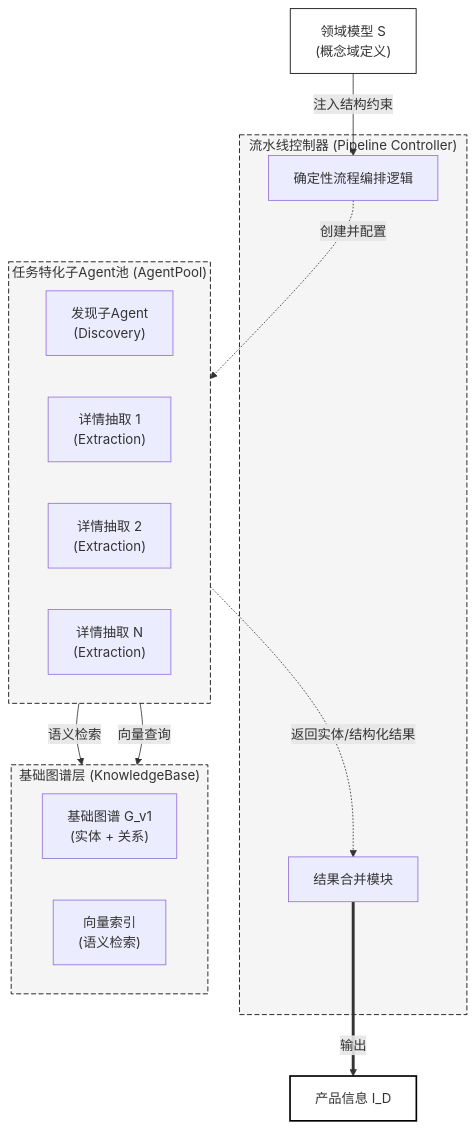
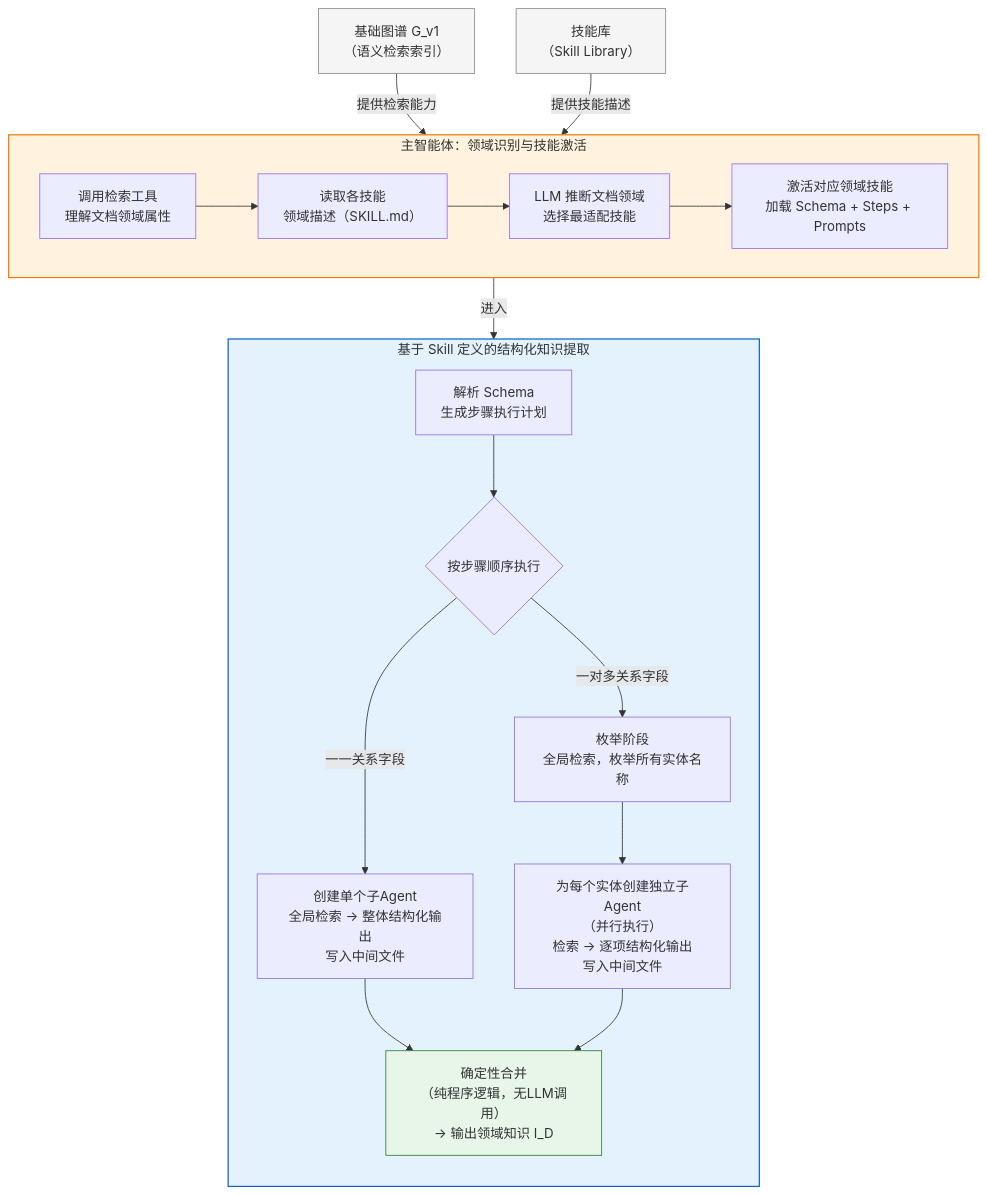
The third of 6 diagrams in docs/chapter3_schema_driven_kg_enhancement.md (chuansuo12/RAG-Anything), drawn with Mermaid before and after one commit. The commit also changed other lines of this file and 35 other files, not shown here.

Commit message:
feat: enhance domain knowledge extraction capabilities by integrating DomainKnowledgeExtractionAgent, updating API endpoints, and improving front-end interactions for structured knowledge retrieval

````diff
--- a/docs/chapter3_schema_driven_kg_enhancement.md
+++ b/docs/chapter3_schema_driven_kg_enhancement.md
@@ -126,38 +107,50 @@
 ```mermaid
 flowchart TB
-    Schema["领域模型 S<br/>(概念域定义)"]
+    KB["基础图谱 G_v1
+（语义检索索引）"]
+    SL["技能库
+（Skill Library）"]
 
-    subgraph Controller["流水线控制器 (Pipeline Controller)"]
-        PC["确定性流程编排逻辑"]
-        Merge["结果合并模块"]
+    subgraph Phase1["主智能体：领域识别与技能激活"]
+        direction LR
+        A["调用检索工具
+理解文档领域属性"] --> B["读取各技能
+领域描述（SKILL.md）"]
+        B --> C["LLM 推断文档领域
+选择最适配技能"]
+        C --> D["激活对应领域技能
+加载 Schema + Steps + Prompts"]
     end
 
-    subgraph AgentPool["任务特化子Agent池 (AgentPool)"]
-        direction LR
-        DA["发现子Agent<br/>(Discovery)"]
-        EA1["详情抽取 1<br/>(Extraction)"]
-        EA2["详情抽取 2<br/>(Extraction)"]
-        EAN["详情抽取 N<br/>(Extraction)"]
+    subgraph Phase2["基于 Skill 定义的结构化知识提取"]
+        direction TB
+        P["解析 Schema
+生成步骤执行计划"] --> Q{"按步骤顺序执行"}
+
+        Q -->|"一一关系字段"| R1["创建单个子Agent
+全局检索 → 整体结构化输出
+写入中间文件"]
+
+        Q -->|"一对多关系字段"| R2["枚举阶段
+全局检索，枚举所有实体名称"]
+        R2 --> R3["为每个实体创建独立子Agent
+（并行执行）
+检索 → 逐项结构化输出
+写入中间文件"]
+
+        R1 --> M["确定性合并
+（纯程序逻辑，无LLM调用）
+→ 输出领域知识 I_D"]
+        R3 --> M
     end
 
-    subgraph KnowledgeBase["基础图谱层 (KnowledgeBase)"]
-        direction LR
-        G["基础图谱 G_v1<br/>(实体 + 关系)"]
-        VDB["向量索引<br/>(语义检索)"]
-    end
+    KB -->|"提供检索能力"| A
+    SL -->|"提供技能描述"| B
+    D -->|"进入"| Phase2
 
-    Result["产品信息 I_D"]
-
-    Schema -->|注入结构约束| PC
-    PC -.->|创建并配置| AgentPool
-    AgentPool -->|语义检索| G
-    AgentPool -->|向量查询| VDB
-    AgentPool -.->|返回实体/结构化结果| Merge
-    Merge ==>|输出| Result
-
-    style Controller fill:#f5f5f5,stroke:#000,stroke-dasharray: 6 3
-    style AgentPool fill:#f5f5f5,stroke:#000,stroke-dasharray: 6 3
-    style KnowledgeBase fill:#f5f5f5,stroke:#000,stroke-dasharray: 6 3
-    style Schema fill:#fff,stroke:#000
-    style Result fill:#fff,stroke:#000,stroke-width:2px
+    style Phase1 fill:#fff3e0,stroke:#f57c00,stroke-width:1.5px
+    style Phase2 fill:#e3f2fd,stroke:#1565c0,stroke-width:1.5px
+    style KB fill:#f5f5f5,stroke:#888
+    style SL fill:#f5f5f5,stroke:#888
+    style M fill:#e8f5e9,stroke:#2e7d32
 ```
````
